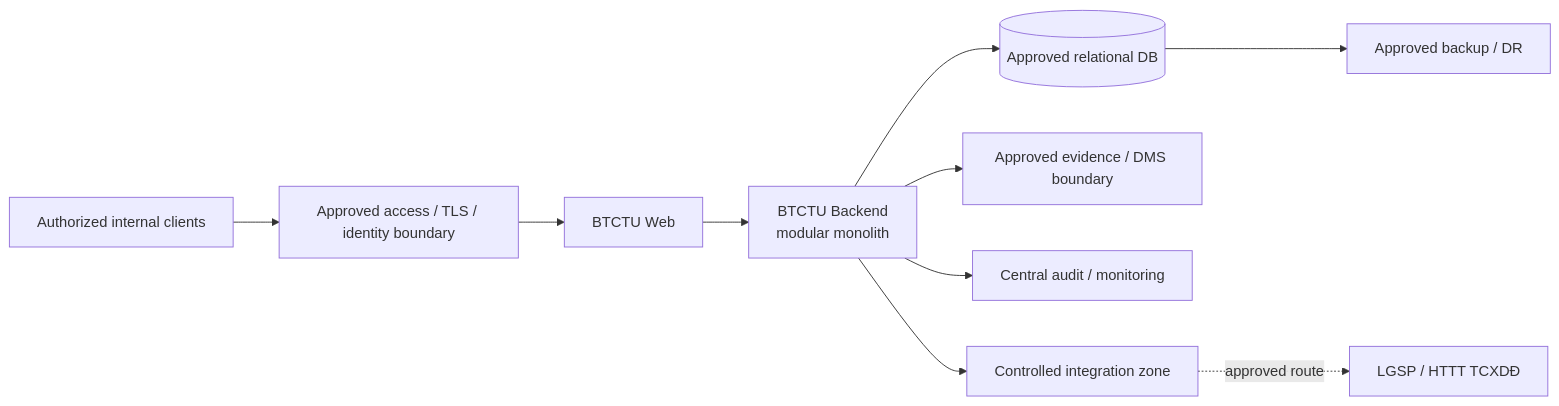
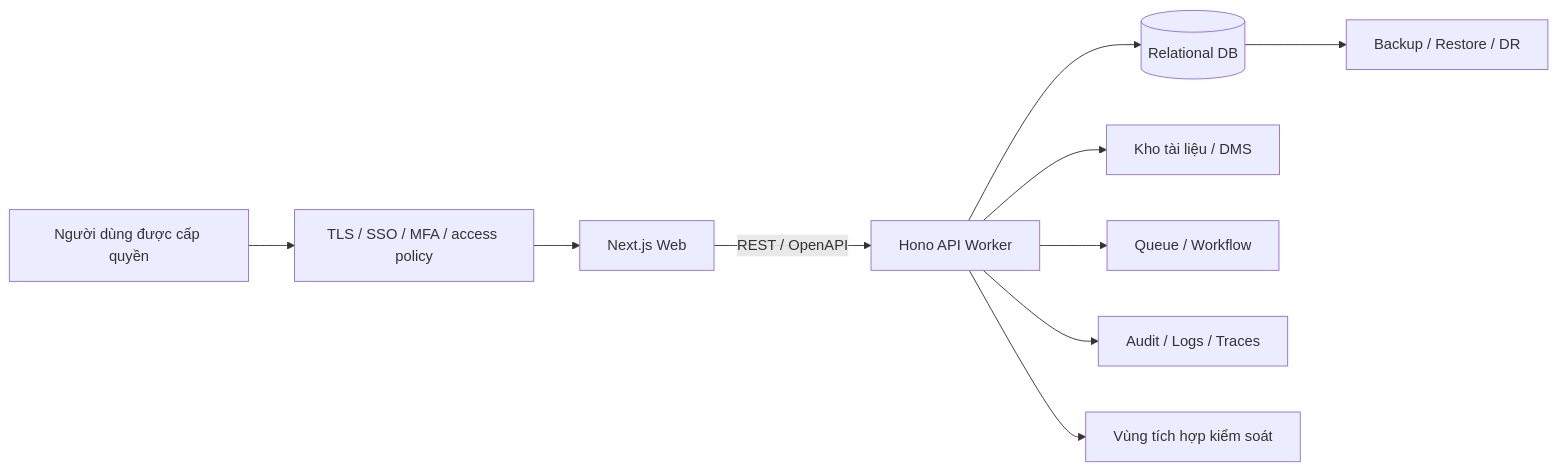
One commit to chotr/BTCTU changed the diagram in docs/04-system-design/deployment.md. Above: the diagram before and after it, drawn with Mermaid. The commit also changed other lines of this file and 187 other files, not shown here.

````diff
--- a/docs/04-system-design/deployment.md
+++ b/docs/04-system-design/deployment.md
@@ -39,12 +7,12 @@
 ```mermaid
 flowchart LR
-  U["Authorized internal clients"] --> EDGE["Approved access / TLS / identity boundary"]
-  EDGE --> WEB["BTCTU Web"]
-  WEB --> API["BTCTU Backend\nmodular monolith"]
-  API --> DB[("Approved relational DB")]
-  API --> OBJ["Approved evidence / DMS boundary"]
-  API --> AUD["Central audit / monitoring"]
-  API --> CONN["Controlled integration zone"]
-  CONN -. "approved route" .-> LGSP["LGSP / HTTT TCXDĐ"]
-  DB --> DR["Approved backup / DR"]
+  U["Người dùng được cấp quyền"] --> EDGE["TLS / SSO / MFA / access policy"]
+  EDGE --> WEB["Next.js Web"]
+  WEB -->|"REST / OpenAPI"| API["Hono API Worker"]
+  API --> DB[("Relational DB")]
+  API --> OBJ["Kho tài liệu / DMS"]
+  API --> Q["Queue / Workflow"]
+  API --> AUD["Audit / Logs / Traces"]
+  API --> CONN["Vùng tích hợp kiểm soát"]
+  DB --> DR["Backup / Restore / DR"]
 ```
````
